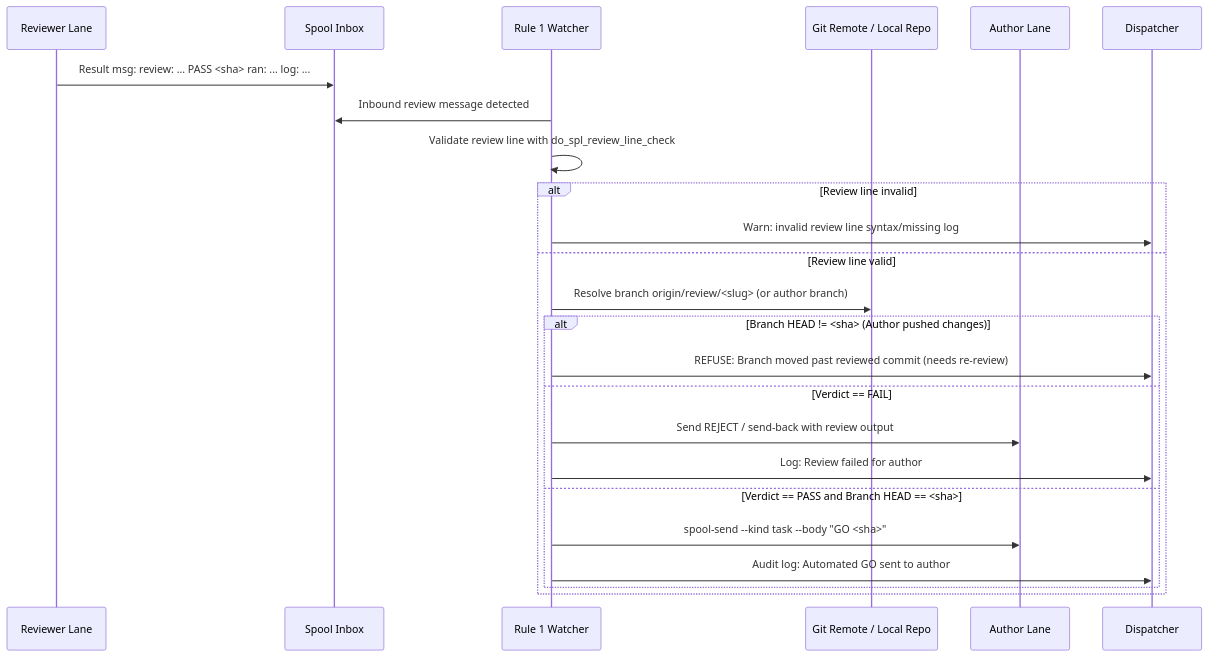
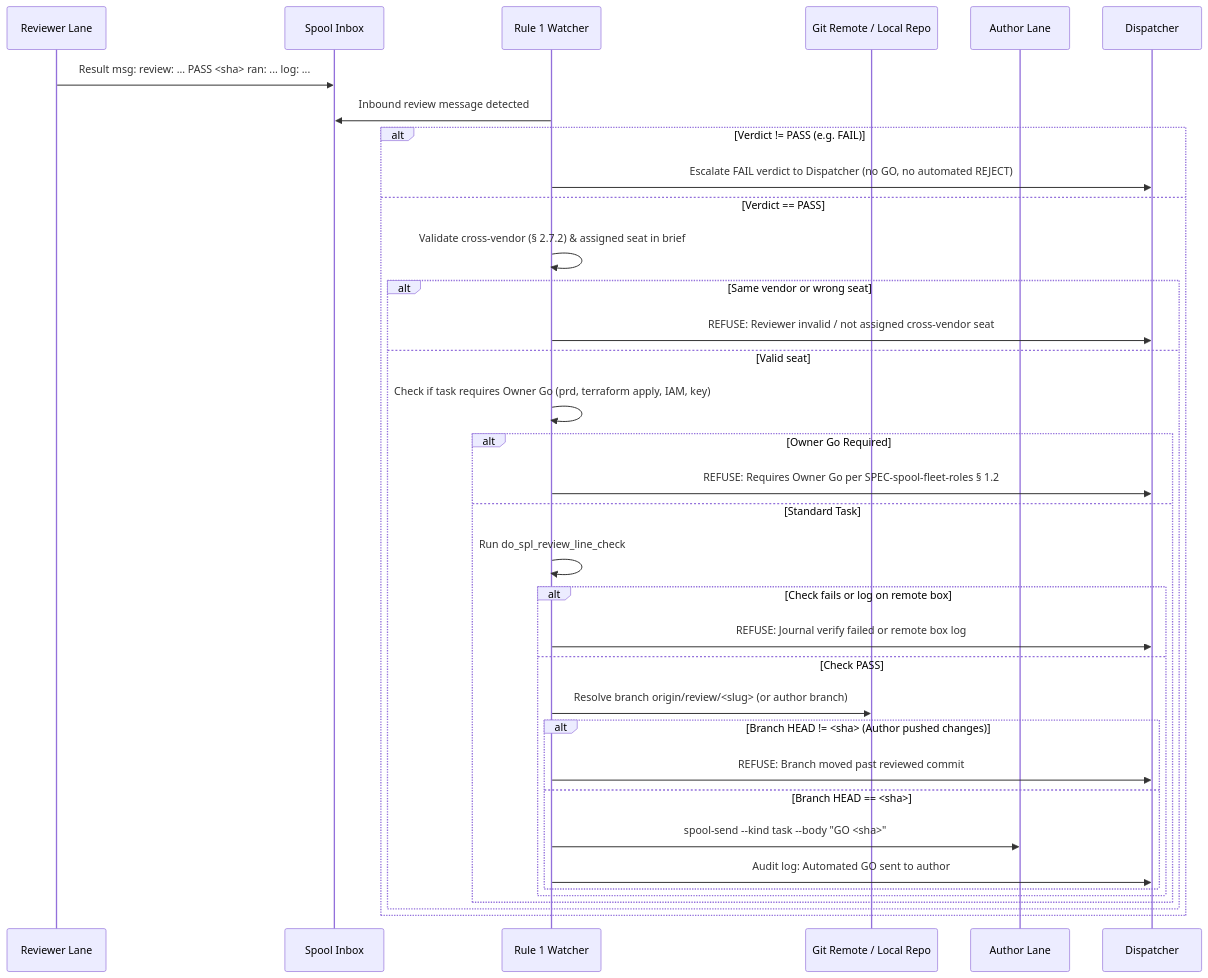
One commit to csitea/csi-spl changed the second of 6 diagrams in csi-spl-doc/specs/157-dispatch-automation/spec.md. Above: the diagram before and after it, drawn with Mermaid. The commit also changed other lines of this file, not shown here.

````diff
--- a/csi-spl-doc/specs/157-dispatch-automation/spec.md
+++ b/csi-spl-doc/specs/157-dispatch-automation/spec.md
@@ -108,27 +110,38 @@
 ```mermaid
 sequenceDiagram
     participant R as Reviewer Lane
     participant S as Spool Inbox
     participant W as Rule 1 Watcher
     participant G as Git Remote / Local Repo
     participant A as Author Lane
     participant D as Dispatcher
 
     R->>S: Result msg: review: ... PASS <sha> ran: ... log: ...
     W->>S: Inbound review message detected
-    W->>W: Validate review line with do_spl_review_line_check
-    alt Review line invalid
-        W->>D: Warn: invalid review line syntax/missing log
-    else Review line valid
-        W->>G: Resolve branch origin/review/<slug> (or author branch)
-        alt Branch HEAD != <sha> (Author pushed changes)
-            W->>D: REFUSE: Branch moved past reviewed commit (needs re-review)
-        else Verdict == FAIL
-            W->>A: Send REJECT / send-back with review output
-            W->>D: Log: Review failed for author
-        else Verdict == PASS and Branch HEAD == <sha>
-            W->>A: spool-send --kind task --body "GO <sha>"
-            W->>D: Audit log: Automated GO sent to author
+    alt Verdict != PASS (e.g. FAIL)
+        W->>D: Escalate FAIL verdict to Dispatcher (no GO, no automated REJECT)
+    else Verdict == PASS
+        W->>W: Validate cross-vendor (§ 2.7.2) & assigned seat in brief
+        alt Same vendor or wrong seat
+            W->>D: REFUSE: Reviewer invalid / not assigned cross-vendor seat
+        else Valid seat
+            W->>W: Check if task requires Owner Go (prd, terraform apply, IAM, key)
+            alt Owner Go Required
+                W->>D: REFUSE: Requires Owner Go per SPEC-spool-fleet-roles § 1.2
+            else Standard Task
+                W->>W: Run do_spl_review_line_check
+                alt Check fails or log on remote box
+                    W->>D: REFUSE: Journal verify failed or remote box log
+                else Check PASS
+                    W->>G: Resolve branch origin/review/<slug> (or author branch)
+                    alt Branch HEAD != <sha> (Author pushed changes)
+                        W->>D: REFUSE: Branch moved past reviewed commit
+                    else Branch HEAD == <sha>
+                        W->>A: spool-send --kind task --body "GO <sha>"
+                        W->>D: Audit log: Automated GO sent to author
+                    end
+                end
+            end
         end
     end
 ```
````
